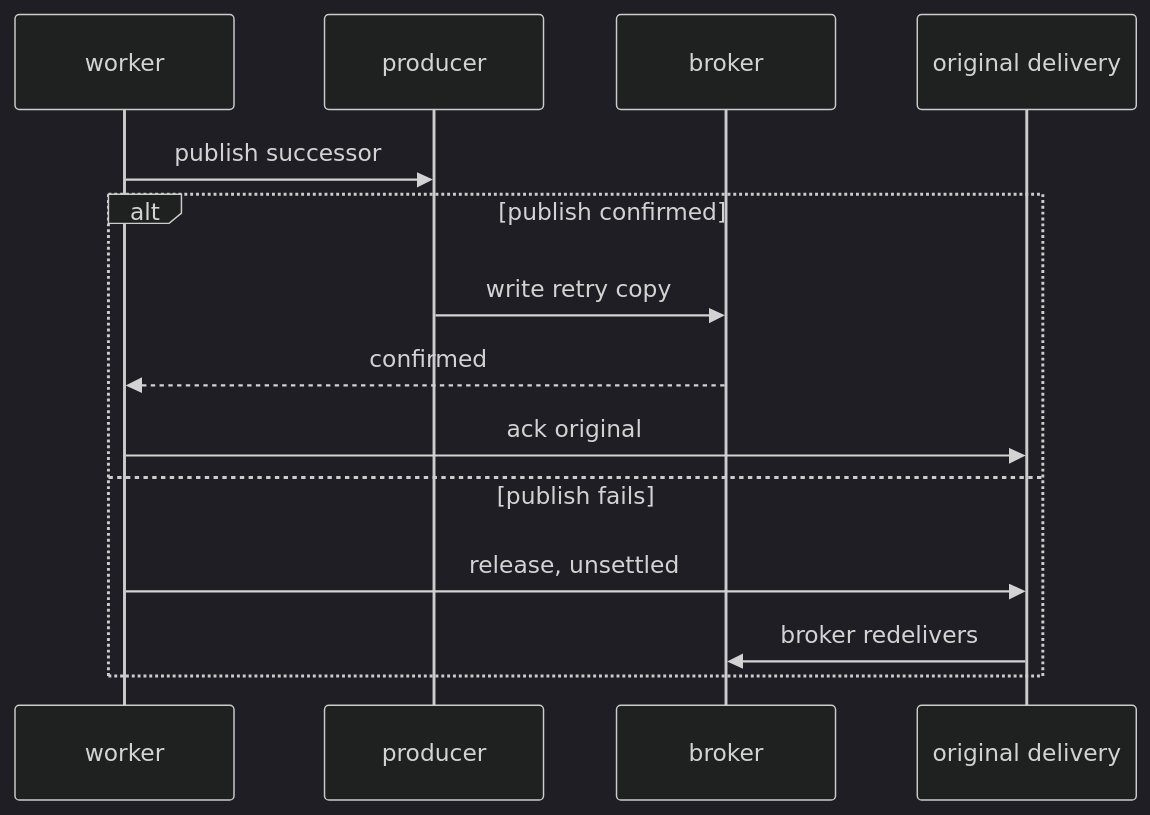
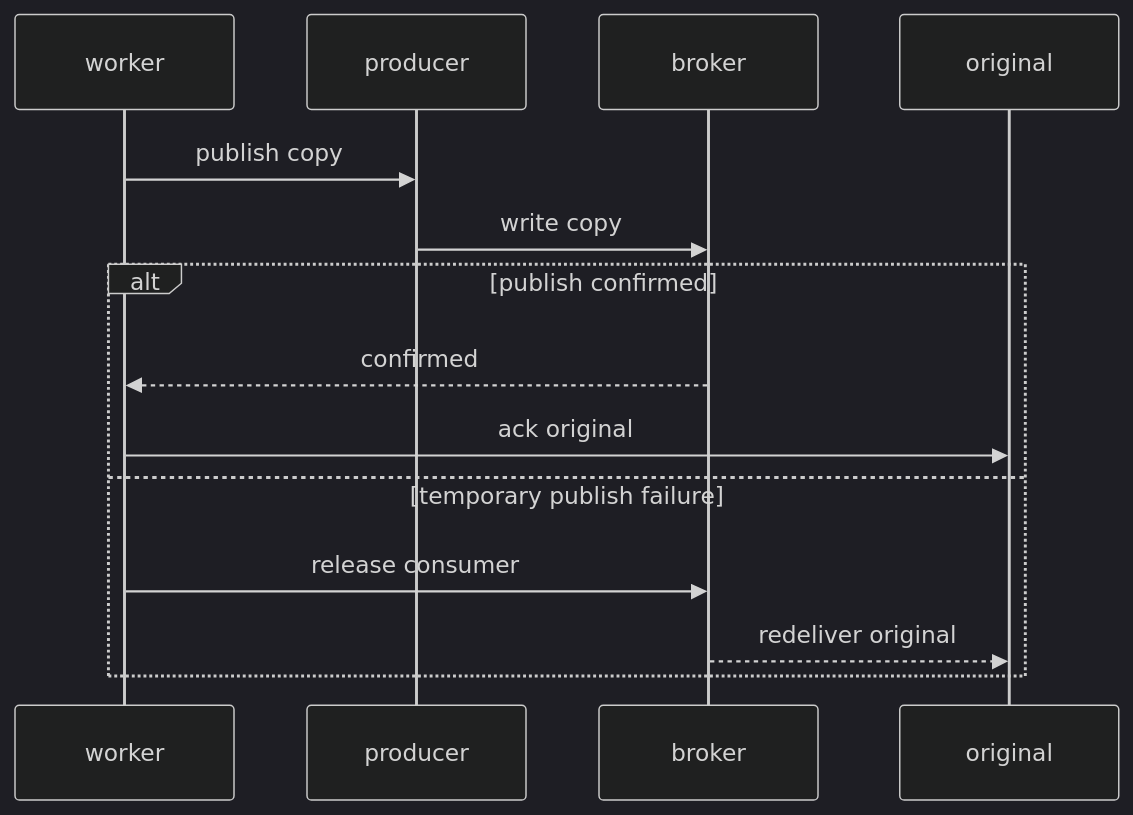
Before and after one commit to bktrung/edm_sdk: the second of 2 diagrams in docs/deep-dives/life-of-a-delivery.md, drawn with Mermaid (dark theme). The commit also changed other lines of this file and 242 other files, not shown here.

````diff
--- a/docs/deep-dives/life-of-a-delivery.md
+++ b/docs/deep-dives/life-of-a-delivery.md
@@ -91,17 +88,17 @@
 ```mermaid
 sequenceDiagram
     participant W as worker
     participant P as producer
     participant B as broker
-    participant O as original delivery
+    participant O as original
 
-    W->>P: publish successor
+    W->>P: publish copy
+    P->>B: write copy
     alt publish confirmed
-        P->>B: write retry copy
         B-->>W: confirmed
         W->>O: ack original
-    else publish fails
-        W->>O: release, unsettled
-        O->>B: broker redelivers
+    else temporary publish failure
+        W->>B: release consumer
+        B-->>O: redeliver original
     end
 ```
````
